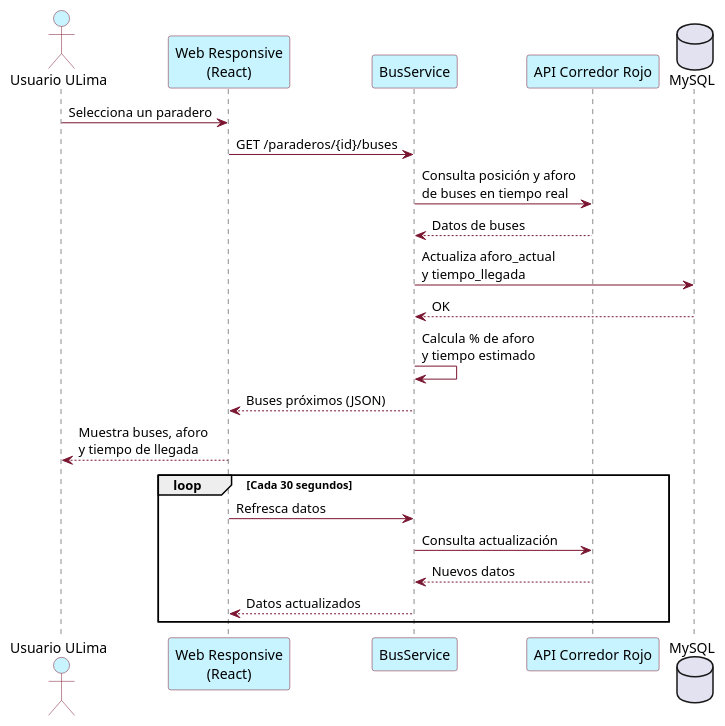
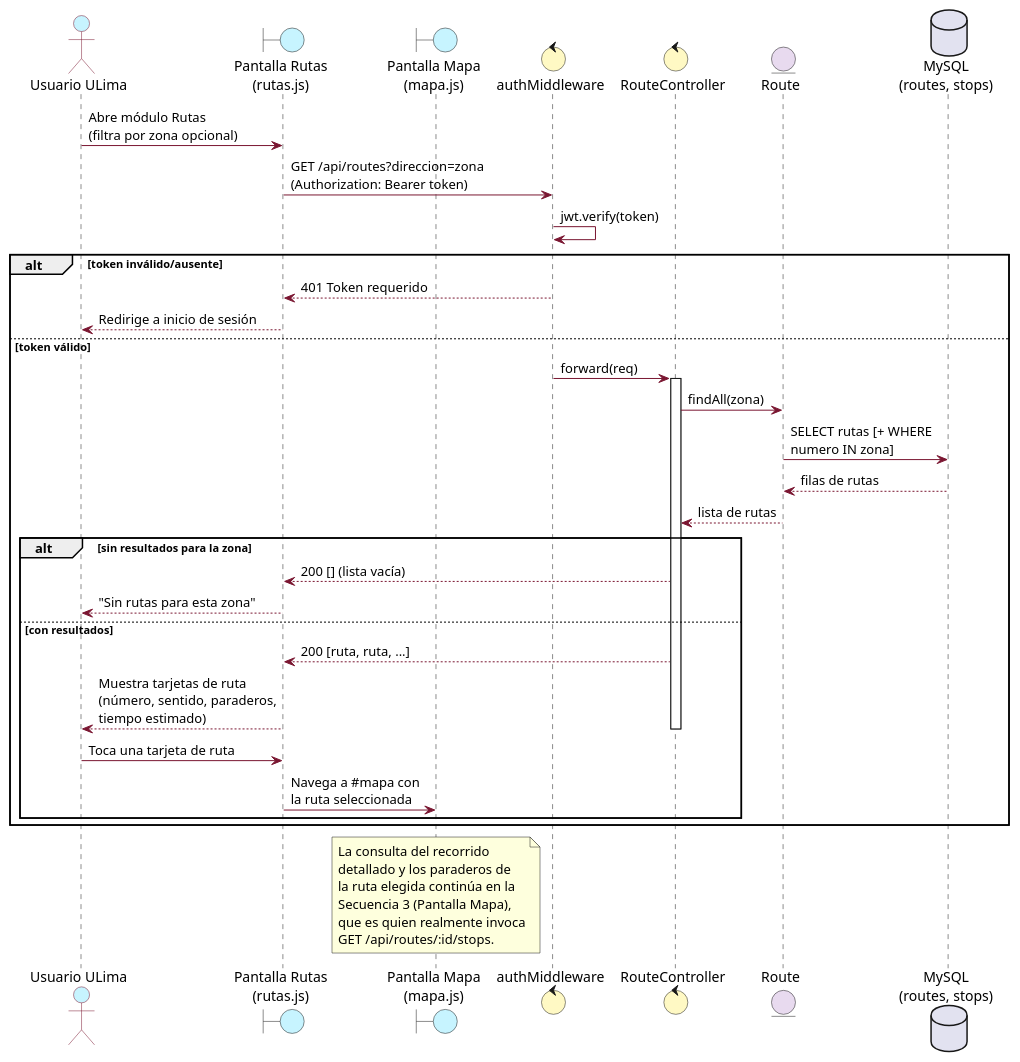
The diagram in secuencia/secuencia2.puml (AndreCabrejos/diagramas-uml), drawn with PlantUML before and after one commit. The commit also changed 14 other files, not shown here.

```diff
--- a/secuencia/secuencia2.puml
+++ b/secuencia/secuencia2.puml
@@ -1,31 +1,57 @@
-@startuml "BUC2 - Monitorear Buses y Aforo (Secuencia)"
+@startuml "Secuencia 2 - Explorar el Catalogo de Rutas (HU-02, HU-04) - Analisis de Robustez"
 skinparam ParticipantBackgroundColor #C7F4FF
 skinparam ParticipantBorderColor #7A1631
 skinparam ActorBackgroundColor #C7F4FF
 skinparam ActorBorderColor #7A1631
 skinparam ArrowColor #7A1631
 skinparam LifeLineBorderColor #7A1631
+skinparam BoundaryBackgroundColor #C7F4FF
+skinparam ControlBackgroundColor #FFF9C4
+skinparam EntityBackgroundColor #E8DAEF
 
 actor "Usuario ULima" as U
-participant "Web Responsive\n(React)" as W
-participant "BusService" as BS
-participant "API Corredor Rojo" as API
-database "MySQL" as DB
 
-U -> W : Selecciona un paradero
-W -> BS : GET /paraderos/{id}/buses
-BS -> API : Consulta posición y aforo\nde buses en tiempo real
-API --> BS : Datos de buses
-BS -> DB : Actualiza aforo_actual\ny tiempo_llegada
-DB --> BS : OK
-BS -> BS : Calcula % de aforo\ny tiempo estimado
-BS --> W : Buses próximos (JSON)
-W --> U : Muestra buses, aforo\ny tiempo de llegada
+boundary "Pantalla Rutas\n(rutas.js)" as UI
+boundary "Pantalla Mapa\n(mapa.js)" as UI_Mapa
+control "authMiddleware" as MW
+control "RouteController" as CTRL
+entity "Route" as E_Route
+database "MySQL\n(routes, stops)" as DB
 
-loop Cada 30 segundos
-  W -> BS : Refresca datos
-  BS -> API : Consulta actualización
-  API --> BS : Nuevos datos
-  BS --> W : Datos actualizados
+U -> UI : Abre módulo Rutas\n(filtra por zona opcional)
+UI -> MW : GET /api/routes?direccion=zona\n(Authorization: Bearer token)
+MW -> MW : jwt.verify(token)
+
+alt token inválido/ausente
+  MW --> UI : 401 Token requerido
+  UI --> U : Redirige a inicio de sesión
+else token válido
+  MW -> CTRL : forward(req)
+  activate CTRL
+  CTRL -> E_Route : findAll(zona)
+  E_Route -> DB : SELECT rutas [+ WHERE\nnumero IN zona]
+  DB --> E_Route : filas de rutas
+  E_Route --> CTRL : lista de rutas
+
+  alt sin resultados para la zona
+    CTRL --> UI : 200 [] (lista vacía)
+    UI --> U : "Sin rutas para esta zona"
+  else con resultados
+    CTRL --> UI : 200 [ruta, ruta, ...]
+    UI --> U : Muestra tarjetas de ruta\n(número, sentido, paraderos,\ntiempo estimado)
+    deactivate CTRL
+
+    U -> UI : Toca una tarjeta de ruta
+    UI -> UI_Mapa : Navega a #mapa con\nla ruta seleccionada
+  end
 end
+
+note over UI_Mapa
+  La consulta del recorrido
+  detallado y los paraderos de
+  la ruta elegida continúa en la
+  Secuencia 3 (Pantalla Mapa),
+  que es quien realmente invoca
+  GET /api/routes/:id/stops.
+end note
 @enduml
```
